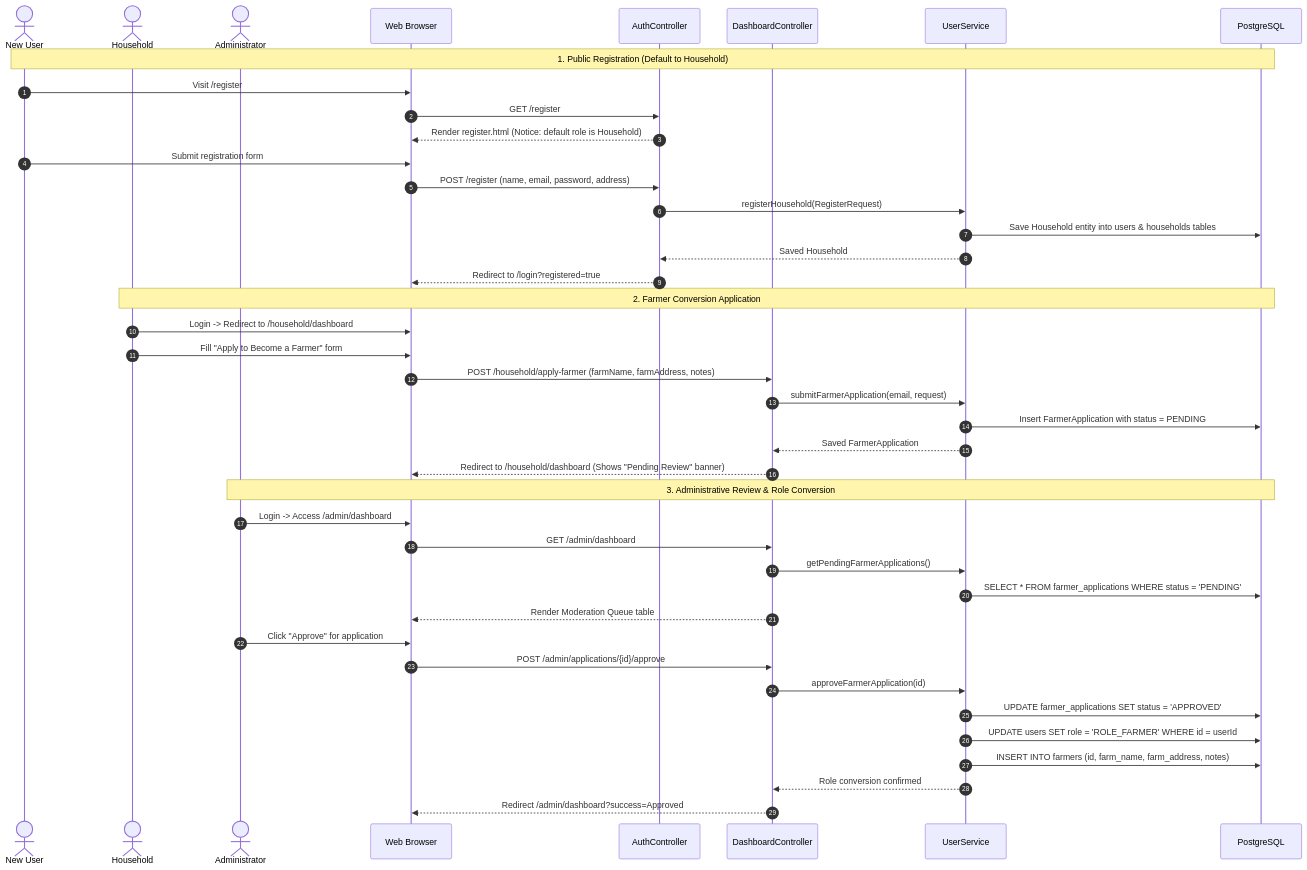
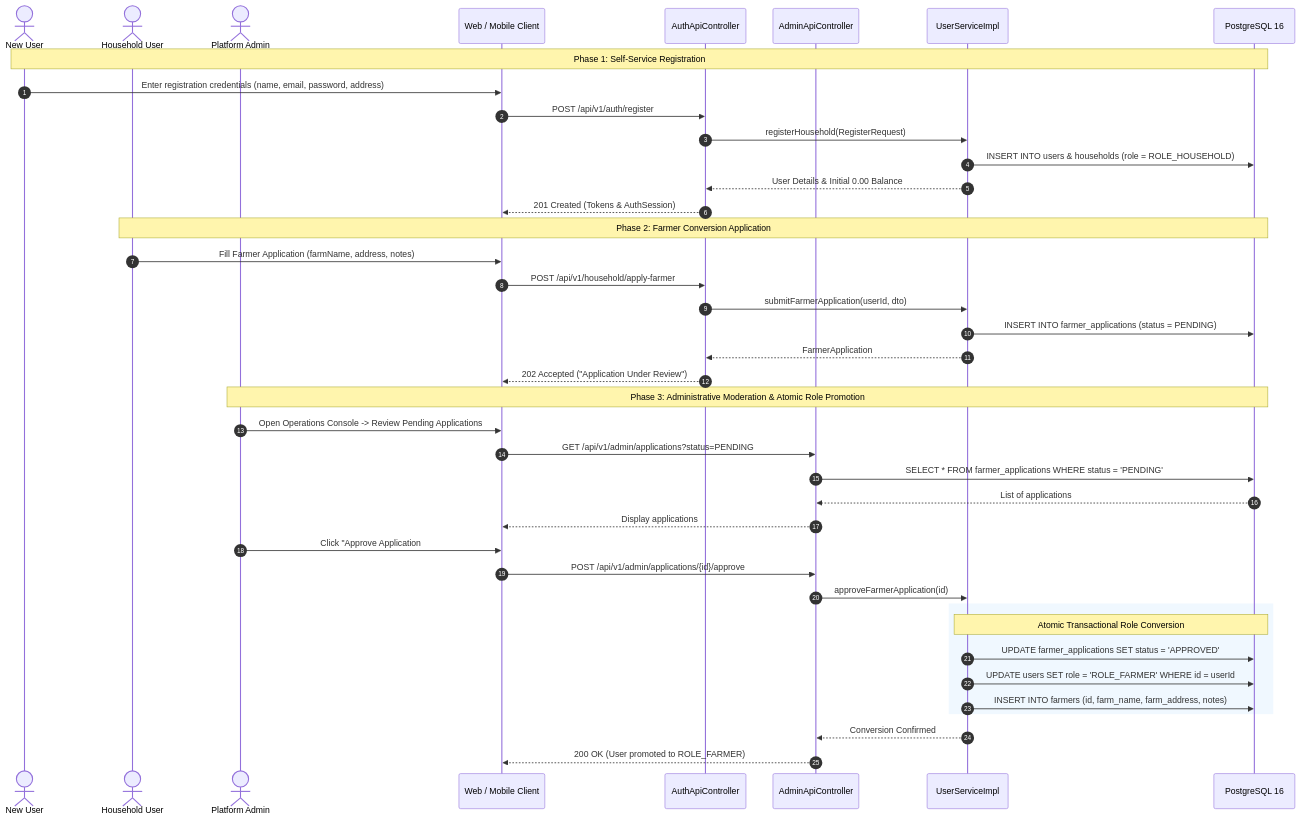
The third of 5 diagrams in docs/INDEX.md (klrab3490/AgroLoop), drawn with Mermaid before and after one commit. The commit also changed other lines of this file and 27 other files, not shown here.

````diff
--- a/docs/INDEX.md
+++ b/docs/INDEX.md
@@ -390,47 +576,46 @@
 ```mermaid
 sequenceDiagram
     autonumber
     actor Citizen as New User
-    actor HouseholdUser as Household
-    actor AdminUser as Administrator
-    participant Browser as Web Browser
-    participant AuthCtrl as AuthController
-    participant DashCtrl as DashboardController
-    participant UserSvc as UserService
-    participant DB as PostgreSQL
+    actor HouseholdUser as Household User
+    actor AdminUser as Platform Admin
+    participant Client as Web / Mobile Client
+    participant AuthApi as AuthApiController
+    participant AdminApi as AdminApiController
+    participant UserSvc as UserServiceImpl
+    participant DB as PostgreSQL 16
 
-    Note over Citizen,DB: 1. Public Registration (Default to Household)
-    Citizen->>Browser: Visit /register
-    Browser->>AuthCtrl: GET /register
-    AuthCtrl-->>Browser: Render register.html (Notice: default role is Household)
-    Citizen->>Browser: Submit registration form
-    Browser->>AuthCtrl: POST /register (name, email, password, address)
-    AuthCtrl->>UserSvc: registerHousehold(RegisterRequest)
-    UserSvc->>DB: Save Household entity into users & households tables
-    UserSvc-->>AuthCtrl: Saved Household
-    AuthCtrl-->>Browser: Redirect to /login?registered=true
+    Note over Citizen,DB: Phase 1: Self-Service Registration
+    Citizen->>Client: Enter registration credentials (name, email, password, address)
+    Client->>AuthApi: POST /api/v1/auth/register
+    AuthApi->>UserSvc: registerHousehold(RegisterRequest)
+    UserSvc->>DB: INSERT INTO users & households (role = ROLE_HOUSEHOLD)
+    UserSvc-->>AuthApi: User Details & Initial 0.00 Balance
+    AuthApi-->>Client: 201 Created (Tokens & AuthSession)
 
-    Note over HouseholdUser,DB: 2. Farmer Conversion Application
-    HouseholdUser->>Browser: Login -> Redirect to /household/dashboard
-    HouseholdUser->>Browser: Fill "Apply to Become a Farmer" form
-    Browser->>DashCtrl: POST /household/apply-farmer (farmName, farmAddress, notes)
-    DashCtrl->>UserSvc: submitFarmerApplication(email, request)
-    UserSvc->>DB: Insert FarmerApplication with status = PENDING
-    UserSvc-->>DashCtrl: Saved FarmerApplication
-    DashCtrl-->>Browser: Redirect to /household/dashboard (Shows "Pending Review" banner)
+    Note over HouseholdUser,DB: Phase 2: Farmer Conversion Application
+    HouseholdUser->>Client: Fill Farmer Application (farmName, address, notes)
+    Client->>AuthApi: POST /api/v1/household/apply-farmer
+    AuthApi->>UserSvc: submitFarmerApplication(userId, dto)
+    UserSvc->>DB: INSERT INTO farmer_applications (status = PENDING)
+    UserSvc-->>AuthApi: FarmerApplication #ID
+    AuthApi-->>Client: 202 Accepted ("Application Under Review")
 
-    Note over AdminUser,DB: 3. Administrative Review & Role Conversion
-    AdminUser->>Browser: Login -> Access /admin/dashboard
-    Browser->>DashCtrl: GET /admin/dashboard
-    DashCtrl->>UserSvc: getPendingFarmerApplications()
-    UserSvc->>DB: SELECT * FROM farmer_applications WHERE status = 'PENDING'
-    DashCtrl-->>Browser: Render Moderation Queue table
-    AdminUser->>Browser: Click "Approve" for application #ID
-    Browser->>DashCtrl: POST /admin/applications/{id}/approve
-    DashCtrl->>UserSvc: approveFarmerApplication(id)
-    UserSvc->>DB: UPDATE farmer_applications SET status = 'APPROVED'
-    UserSvc->>DB: UPDATE users SET role = 'ROLE_FARMER' WHERE id = userId
-    UserSvc->>DB: INSERT INTO farmers (id, farm_name, farm_address, notes)
-    UserSvc-->>DashCtrl: Role conversion confirmed
-    DashCtrl-->>Browser: Redirect /admin/dashboard?success=Approved
+    Note over AdminUser,DB: Phase 3: Administrative Moderation & Atomic Role Promotion
+    AdminUser->>Client: Open Operations Console -> Review Pending Applications
+    Client->>AdminApi: GET /api/v1/admin/applications?status=PENDING
+    AdminApi->>DB: SELECT * FROM farmer_applications WHERE status = 'PENDING'
+    DB-->>AdminApi: List of applications
+    AdminApi-->>Client: Display applications
+    AdminUser->>Client: Click "Approve Application #ID"
+    Client->>AdminApi: POST /api/v1/admin/applications/{id}/approve
+    AdminApi->>UserSvc: approveFarmerApplication(id)
+    rect rgb(240, 248, 255)
+        Note over UserSvc,DB: Atomic Transactional Role Conversion
+        UserSvc->>DB: UPDATE farmer_applications SET status = 'APPROVED'
+        UserSvc->>DB: UPDATE users SET role = 'ROLE_FARMER' WHERE id = userId
+        UserSvc->>DB: INSERT INTO farmers (id, farm_name, farm_address, notes)
+    end
+    UserSvc-->>AdminApi: Conversion Confirmed
+    AdminApi-->>Client: 200 OK (User promoted to ROLE_FARMER)
 ```
````
